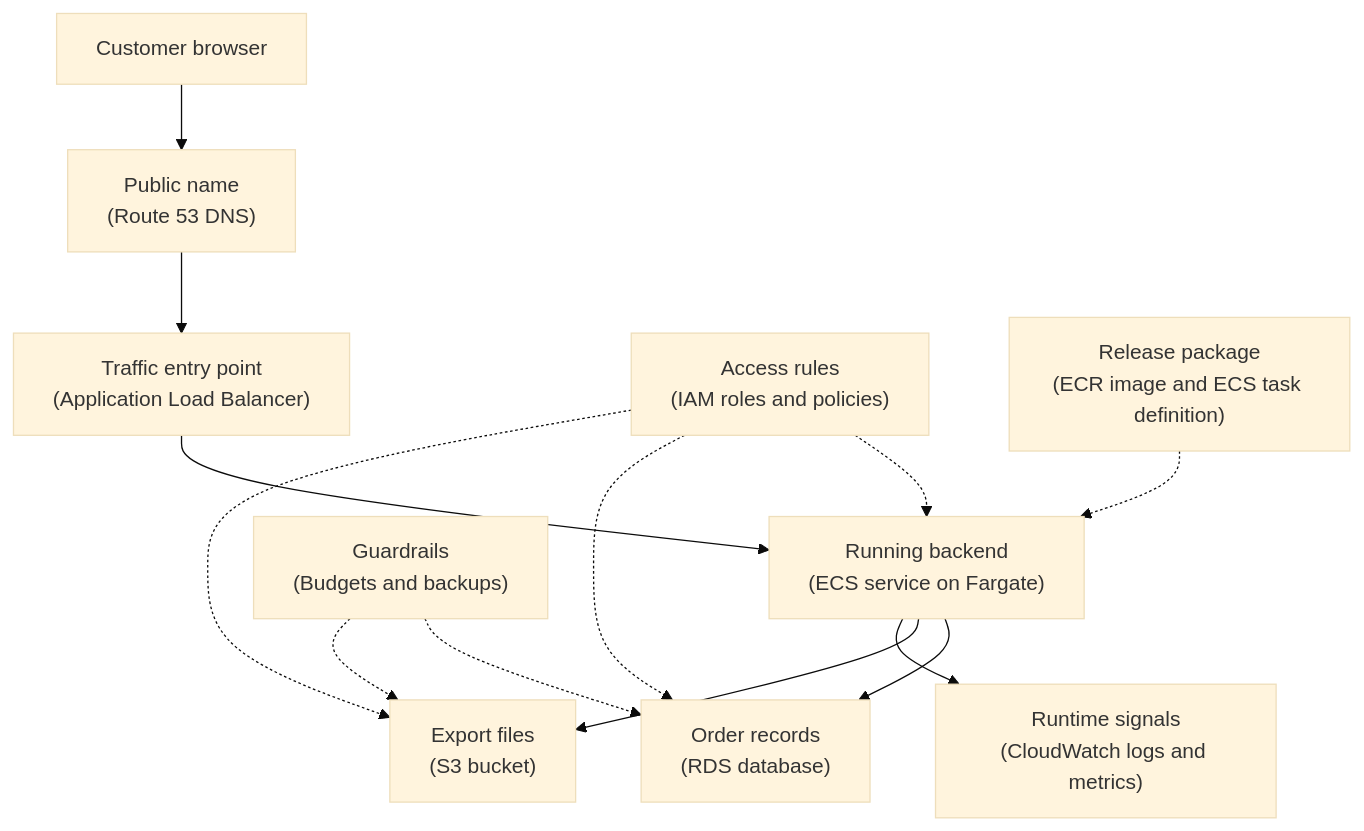
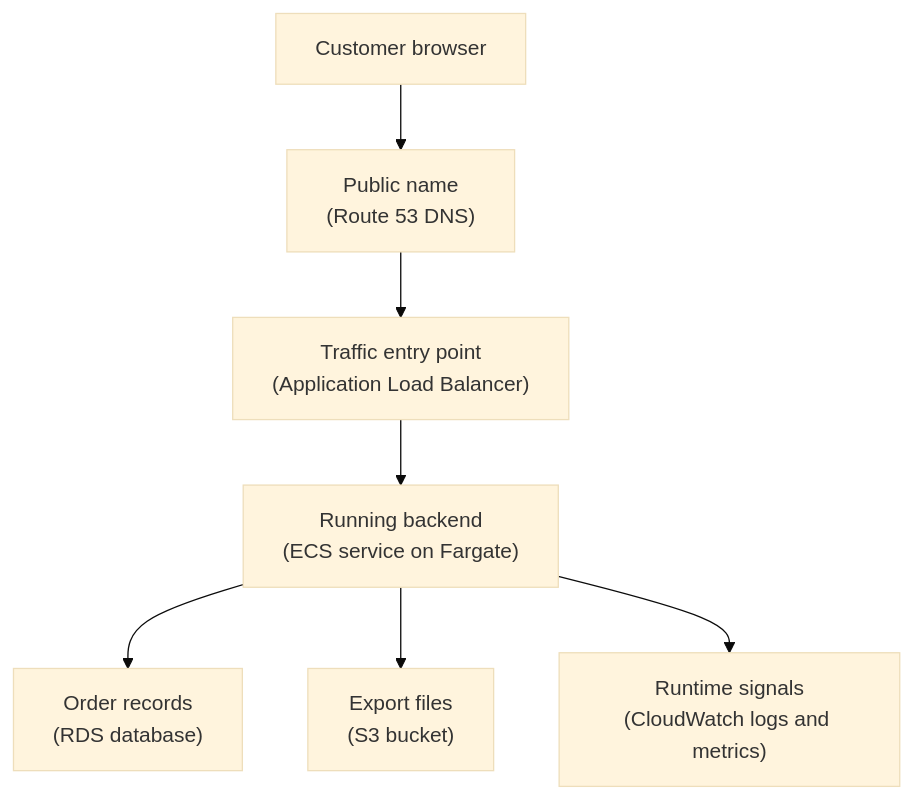
One commit to senlinyy/dev-roadmaps changed the first of 2 diagrams in cloud-providers/aws/foundations/core-services.md. Above: the diagram before and after it, drawn with Mermaid (base theme). The commit also changed other lines of this file and 89 other files, not shown here.

````diff
--- a/cloud-providers/aws/foundations/core-services.md
+++ b/cloud-providers/aws/foundations/core-services.md
@@ -110,15 +110,9 @@
 ```mermaid
 graph TD
     USER["Customer browser"] --> NAME["Public name<br/>(Route 53 DNS)"]
     NAME --> ENTRY["Traffic entry point<br/>(Application Load Balancer)"]
     ENTRY --> APP["Running backend<br/>(ECS service on Fargate)"]
     APP --> DB["Order records<br/>(RDS database)"]
     APP --> FILES["Export files<br/>(S3 bucket)"]
     APP --> LOGS["Runtime signals<br/>(CloudWatch logs and metrics)"]
-    PERMS["Access rules<br/>(IAM roles and policies)"] -.-> APP
-    PERMS -.-> DB
-    PERMS -.-> FILES
-    DEPLOY["Release package<br/>(ECR image and ECS task definition)"] -.-> APP
-    COST["Guardrails<br/>(Budgets and backups)"] -.-> DB
-    COST -.-> FILES
 ```
````
